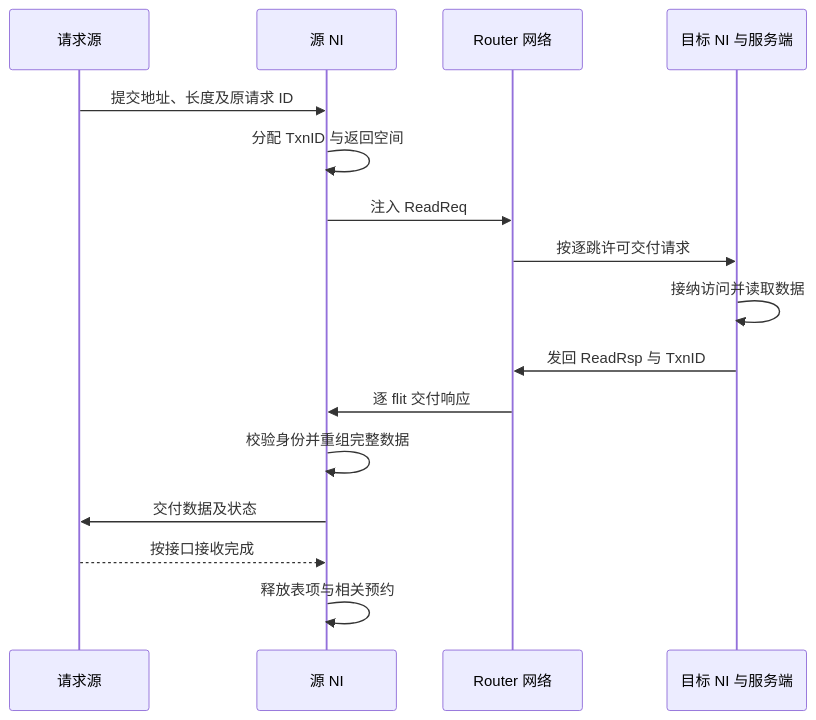
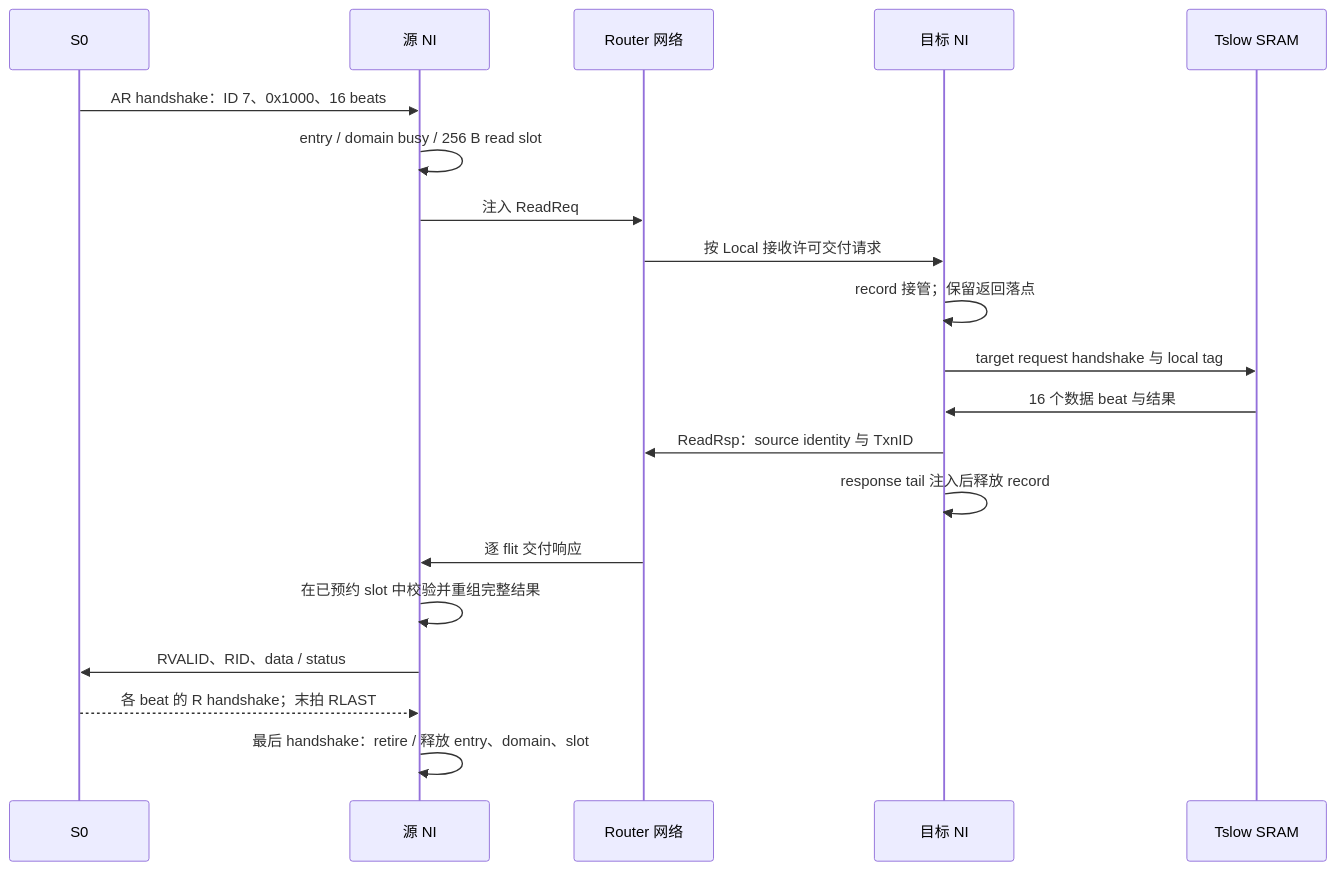
Before and after one commit to niyingsong123/soc_study: the third of 7 diagrams in SWITCH/switch_detailed_guide.md, drawn with Mermaid. The commit also changed other lines of this file and 19 other files, not shown here.

````diff
--- a/SWITCH/switch_detailed_guide.md
+++ b/SWITCH/switch_detailed_guide.md
@@ -179,18 +258,22 @@
 ```mermaid
 sequenceDiagram
-    participant S as 请求源
+    participant S as S0
     participant N as 源 NI
     participant F as Router 网络
-    participant T as 目标 NI 与服务端
-    S->>N: 提交地址、长度及原请求 ID
-    N->>N: 分配 TxnID 与返回空间
+    participant T as 目标 NI
+    participant M as Tslow SRAM
+    S->>N: AR handshake：ID 7、0x1000、16 beats
+    N->>N: entry / domain busy / 256 B read slot
     N->>F: 注入 ReadReq
-    F->>T: 按逐跳许可交付请求
-    T->>T: 接纳访问并读取数据
-    T->>F: 发回 ReadRsp 与 TxnID
+    F->>T: 按 Local 接收许可交付请求
+    T->>T: record 接管；保留返回落点
+    T->>M: target request handshake 与 local tag
+    M->>T: 16 个数据 beat 与结果
+    T->>F: ReadRsp：source identity 与 TxnID
+    T->>T: response tail 注入后释放 record
     F->>N: 逐 flit 交付响应
-    N->>N: 校验身份并重组完整数据
-    N->>S: 交付数据及状态
-    S-->>N: 按接口接收完成
-    N->>N: 释放表项与相关预约
+    N->>N: 在已预约 slot 中校验并重组完整结果
+    N->>S: RVALID、RID、data / status
+    S-->>N: 各 beat 的 R handshake；末拍 RLAST
+    N->>N: 最后 handshake：retire / 释放 entry、domain、slot
 ```
````
